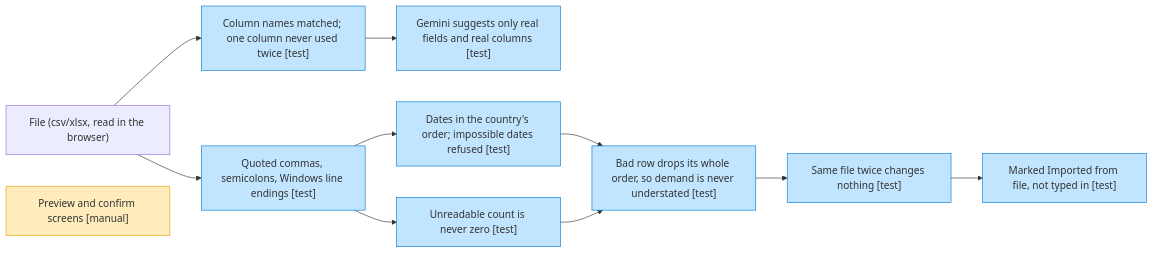
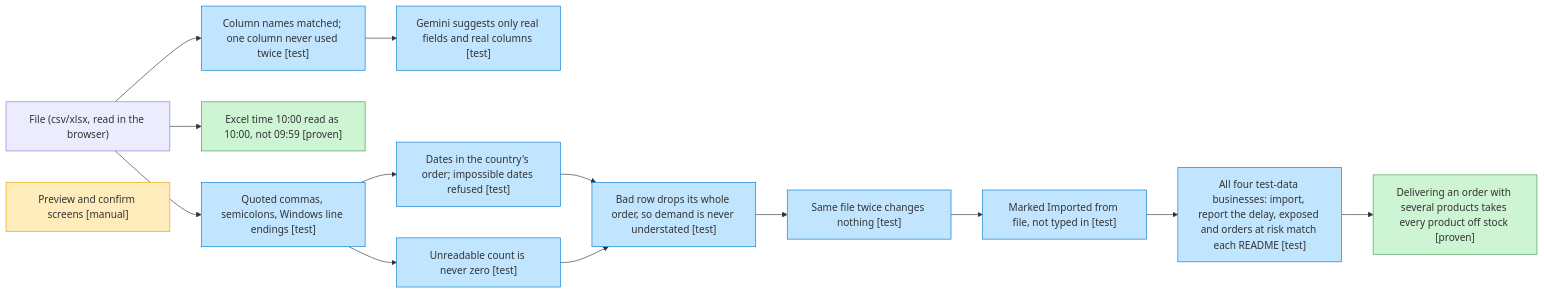
Before and after one commit to gouravhanumante/rehearsal-ai-builder-cup: the seventh of 7 diagrams in docs/07-bug-map.md, drawn with Mermaid. The commit also changed other lines of this file and 6 other files, not shown here.

Commit message:
Test all four test-data businesses end to end (import, delay, multi-product orders delivered/cancelled) against their READMEs; fix Excel 10:00 read as 09:59

````diff
--- a/docs/07-bug-map.md
+++ b/docs/07-bug-map.md
@@ -153,17 +153,22 @@
 ```mermaid
 flowchart LR
   f["File (csv/xlsx, read in the browser)"] --> cells["Quoted commas, semicolons, Windows line endings [test]"]
+  f --> xt["Excel time 10:00 read as 10:00, not 09:59 [proven]"]
   f --> cols["Column names matched; one column never used twice [test]"]
   cols --> ai["Gemini suggests only real fields and real columns [test]"]
   cells --> val["Dates in the country's order; impossible dates refused [test]"]
   cells --> num["Unreadable count is never zero [test]"]
   val --> ord["Bad row drops its whole order, so demand is never understated [test]"]
   num --> ord
   ord --> twice["Same file twice changes nothing [test]"]
   twice --> mark["Marked Imported from file, not typed in [test]"]
+  mark --> sc["All four test-data businesses: import, report the delay, exposed and orders at risk match each README [test]"]
+  sc --> multi["Delivering an order with several products takes every product off stock [proven]"]
   ui["Preview and confirm screens [manual]"]
+  classDef proven fill:#CDF4D3,stroke:#3E9B4B
   classDef test fill:#C2E5FF,stroke:#007AD2
   classDef manual fill:#FFECBD,stroke:#E8A302
-  class cells,cols,ai,val,num,ord,twice,mark test
+  class xt,multi proven
+  class cells,cols,ai,val,num,ord,twice,mark,sc test
   class ui manual
 ```
````
